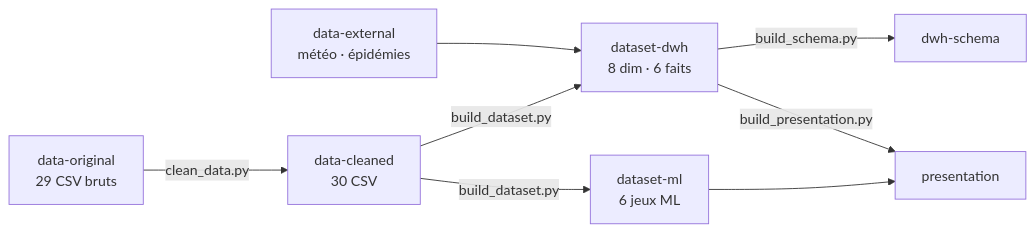
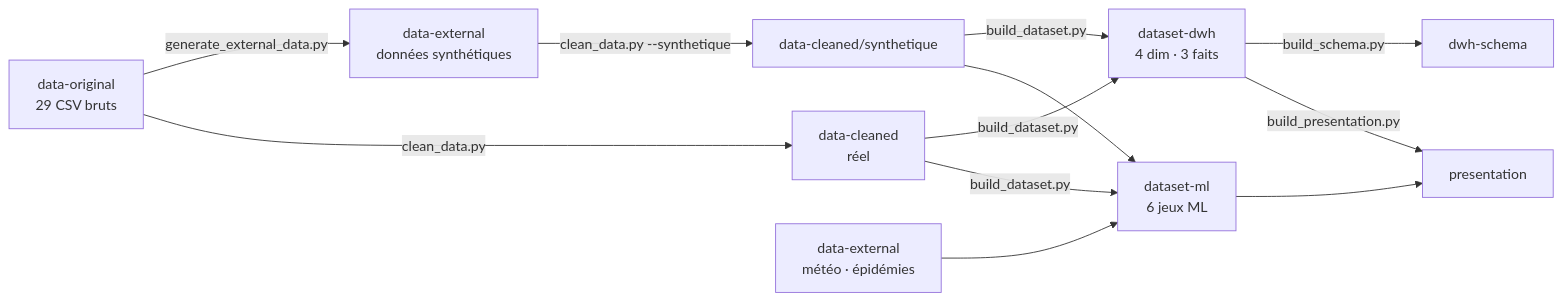
The diagram in README.md (Youssef-ben-ali/DataWarehouseProject_3AI4), drawn with Mermaid before and after one commit. The commit also changed other lines of this file and 8 other files, not shown here.

First line of the commit message:
Passe le projet en version B : modèle 4 dimensions / 3 faits, données sur 2 ans

````diff
--- a/README.md
+++ b/README.md
@@ -27,10 +28,14 @@
 ```mermaid
 flowchart LR
-    A[data-original<br/>29 CSV bruts] -->|clean_data.py| B[data-cleaned<br/>30 CSV]
-    E[data-external<br/>météo · épidémies] --> C
-    B -->|build_dataset.py| C[dataset-dwh<br/>8 dim · 6 faits]
+    A[data-original<br/>29 CSV bruts] -->|generate_external_data.py| G[data-external<br/>données synthétiques]
+    A -->|clean_data.py| B[data-cleaned<br/>réel]
+    G -->|clean_data.py --synthetique| B2[data-cleaned/synthetique]
+    E[data-external<br/>météo · épidémies] --> D
+    B -->|build_dataset.py| C[dataset-dwh<br/>4 dim · 3 faits]
+    B2 -->|build_dataset.py| C
     B -->|build_dataset.py| D[dataset-ml<br/>6 jeux ML]
+    B2 --> D
     C -->|build_schema.py| S[dwh-schema]
     C -->|build_presentation.py| P[presentation]
     D --> P
 ```
````
